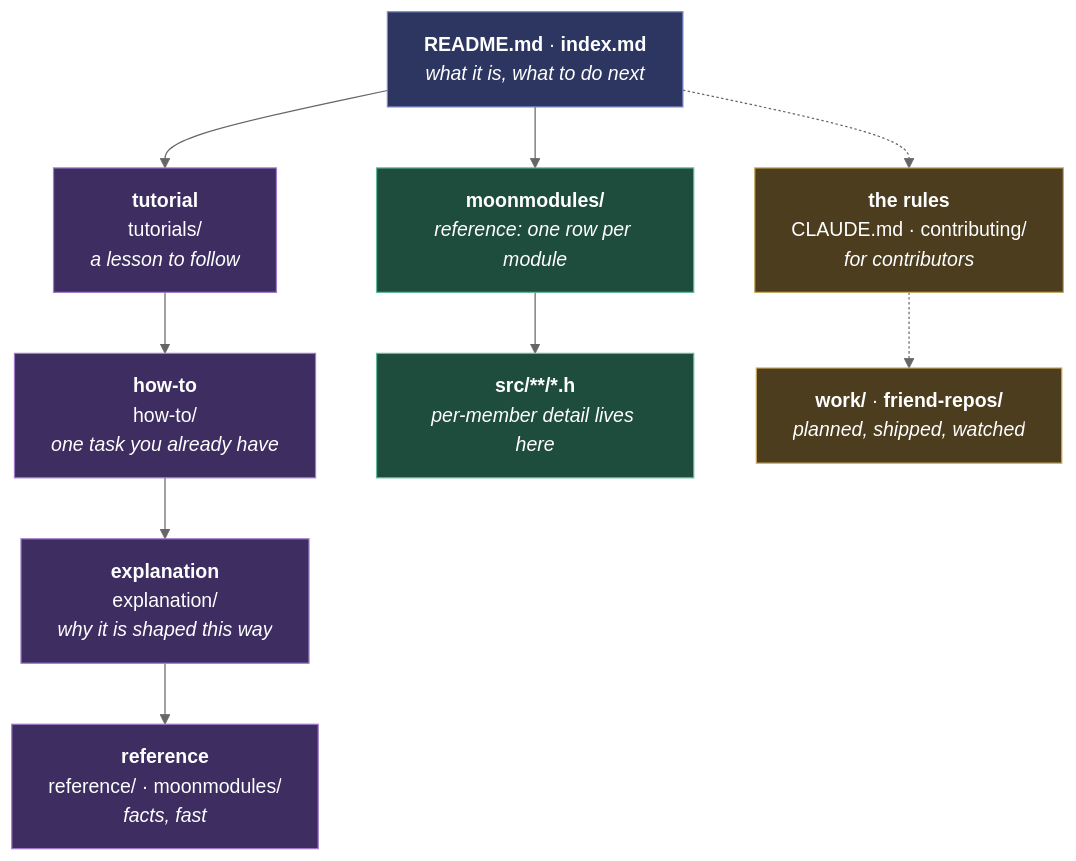
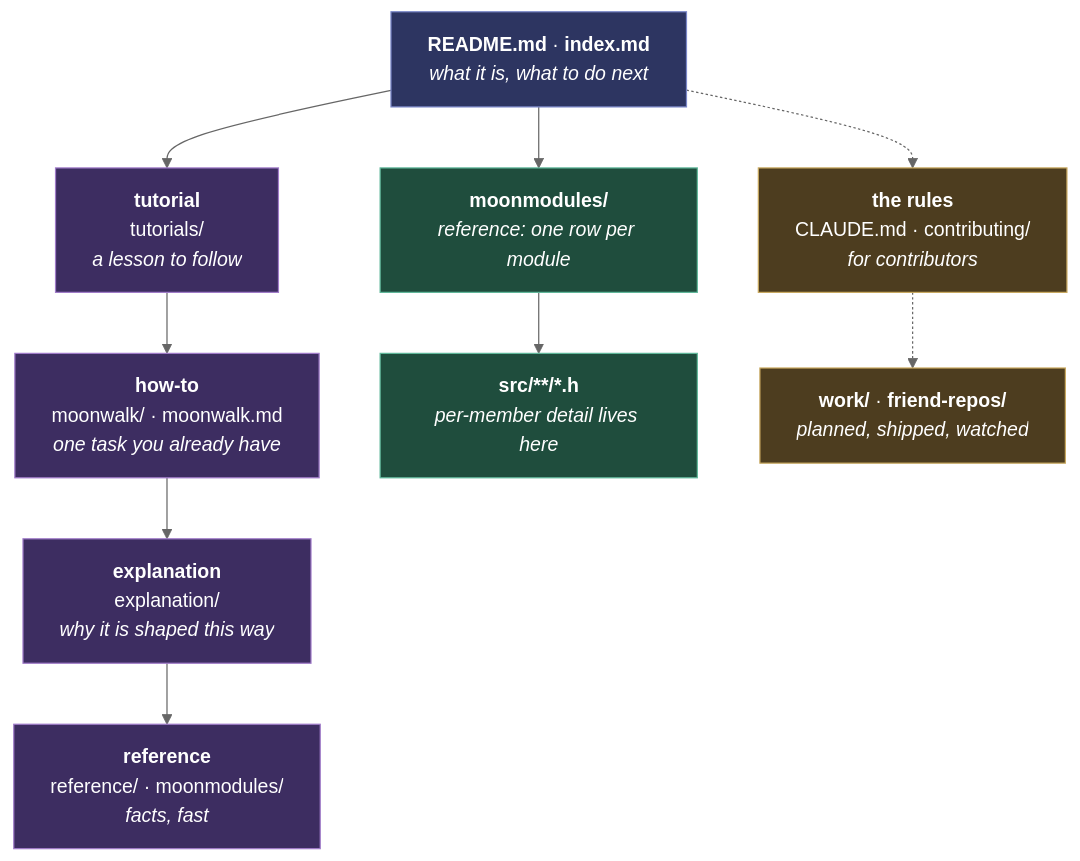
Before and after one commit to MoonModules/MoonLight: the first of 2 diagrams in docs/contributing/documentation-standards.md, drawn with Mermaid (neutral theme). The commit also changed other lines of this file and 97 other files, not shown here.

````diff
--- a/docs/contributing/documentation-standards.md
+++ b/docs/contributing/documentation-standards.md
@@ -13,29 +13,29 @@
 ```mermaid
 flowchart TB
     entry["<b>README.md</b> · <b>index.md</b><br/><i>what it is, what to do next</i>"]
 
     tut["<b>tutorial</b><br/>tutorials/<br/><i>a lesson to follow</i>"]
-    how["<b>how-to</b><br/>how-to/<br/><i>one task you already have</i>"]
+    how["<b>how-to</b><br/>moonwalk/ · moonwalk.md<br/><i>one task you already have</i>"]
     exp["<b>explanation</b><br/>explanation/<br/><i>why it is shaped this way</i>"]
     ref["<b>reference</b><br/>reference/ · moonmodules/<br/><i>facts, fast</i>"]
 
     mod["<b>moonmodules/</b><br/><i>reference: one row per module</i>"]
     hdr["<b>src/**/*.h</b><br/><i>per-member detail lives here</i>"]
 
     rules["<b>the rules</b><br/>CLAUDE.md · contributing/<br/><i>for contributors</i>"]
     outside["<b>work/</b> · <b>friend-repos/</b><br/><i>planned, shipped, watched</i>"]
 
     entry --> tut --> how --> exp --> ref
     entry --> mod --> hdr
     entry -.-> rules
     rules -.-> outside
 
     classDef entryCell fill:#2d3561,stroke:#7b88c9,color:#fff
     classDef diataxis fill:#3d2d61,stroke:#a07bc9,color:#fff
     classDef generated fill:#1f4d3d,stroke:#5fb89a,color:#fff
     classDef outsideGrid fill:#4d3d1f,stroke:#c9a95f,color:#fff
     class entry entryCell
     class tut,how,exp,ref diataxis
     class mod,hdr generated
     class rules,outside outsideGrid
 ```
````
